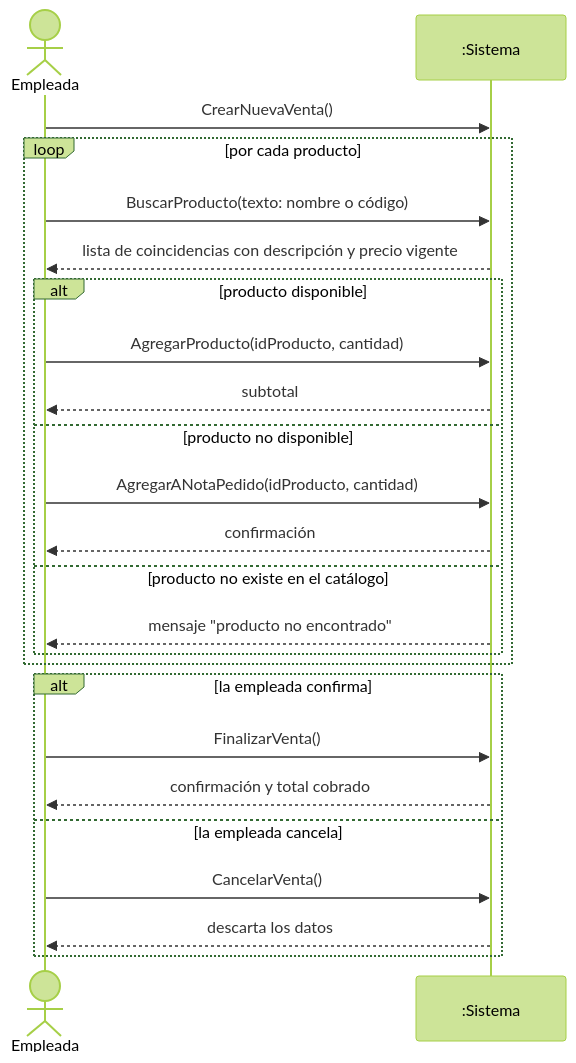
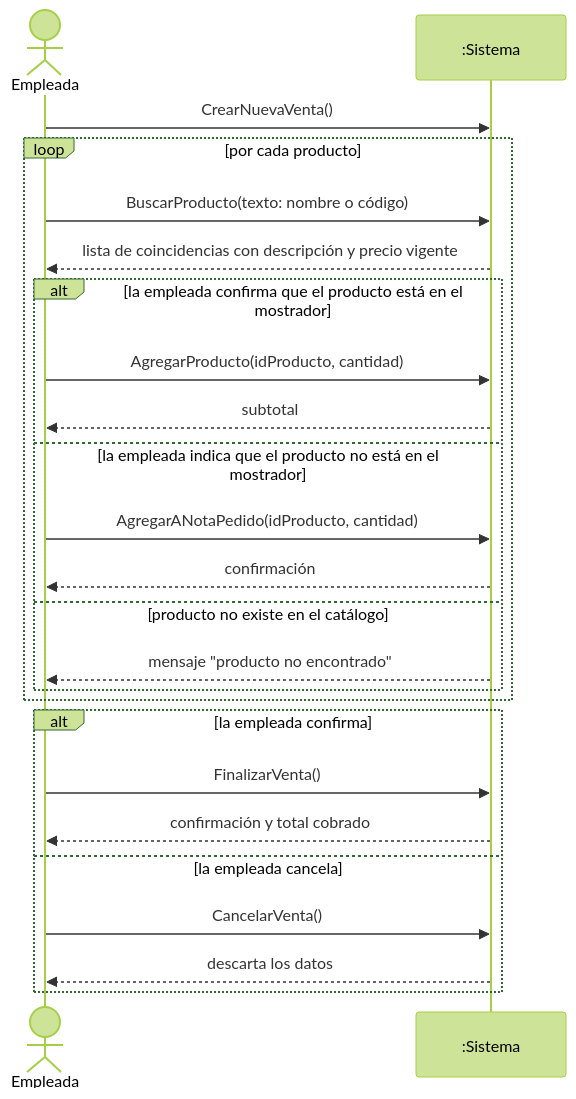
The first of 2 diagrams in docs/05-diagrama-secuencia-registrar-venta.md (Facu-18/FarmaTech), drawn with Mermaid (forest theme) before and after one commit. The commit also changed other lines of this file and 3 other files, not shown here.

````diff
--- a/docs/05-diagrama-secuencia-registrar-venta.md
+++ b/docs/05-diagrama-secuencia-registrar-venta.md
@@ -7,27 +7,27 @@
 ```mermaid
 sequenceDiagram
     actor E as Empleada
     participant S as :Sistema
 
     E->>S: CrearNuevaVenta()
     loop por cada producto
         E->>S: BuscarProducto(texto: nombre o código)
         S-->>E: lista de coincidencias con descripción y precio vigente
-        alt producto disponible
+        alt la empleada confirma que el producto está en el mostrador
             E->>S: AgregarProducto(idProducto, cantidad)
             S-->>E: subtotal
-        else producto no disponible
+        else la empleada indica que el producto no está en el mostrador
             E->>S: AgregarANotaPedido(idProducto, cantidad)
             S-->>E: confirmación
         else producto no existe en el catálogo
             S-->>E: mensaje "producto no encontrado"
         end
     end
     alt la empleada confirma
         E->>S: FinalizarVenta()
         S-->>E: confirmación y total cobrado
     else la empleada cancela
         E->>S: CancelarVenta()
         S-->>E: descarta los datos
     end
 ```
````
